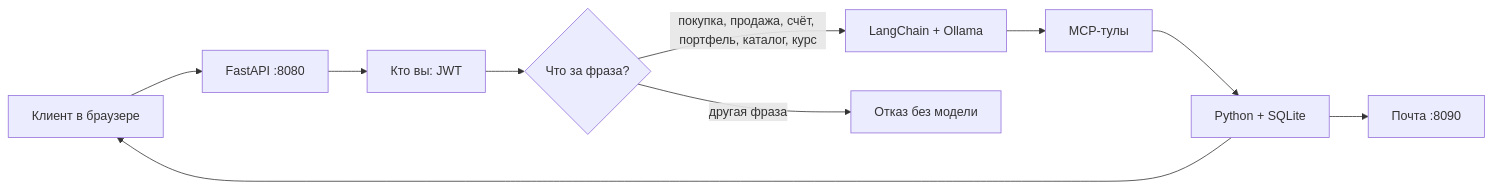
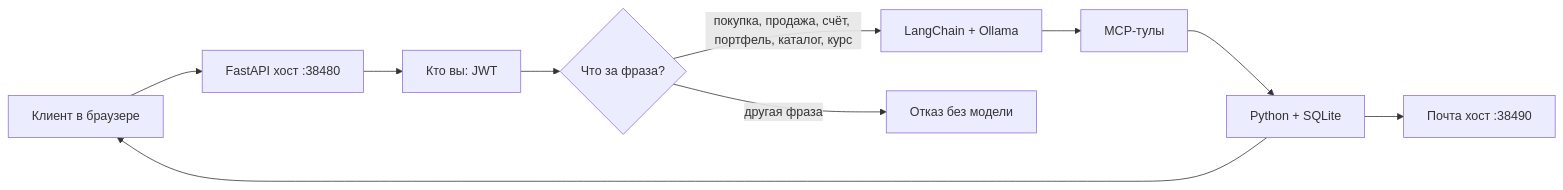
One commit to truchekaterina/mlsecops_agent changed the first of 4 diagrams in docs/ДОКУМЕНТАЦИЯ.md. Above: the diagram before and after it, drawn with Mermaid. The commit also changed other lines of this file and 39 other files, not shown here.

````diff
--- a/docs/ДОКУМЕНТАЦИЯ.md
+++ b/docs/ДОКУМЕНТАЦИЯ.md
@@ -39,12 +39,12 @@
 ```mermaid
 flowchart LR
-  U[Клиент в браузере] --> W[FastAPI :8080]
+  U[Клиент в браузере] --> W[FastAPI хост :38480]
   W --> A[Кто вы: JWT]
   A --> R{Что за фраза?}
   R -->|покупка, продажа, счёт, портфель, каталог, курс| L[LangChain + Ollama]
   R -->|другая фраза| X[Отказ без модели]
   L --> M[MCP-тулы]
   M --> P[Python + SQLite]
   P --> U
-  P --> E[Почта :8090]
+  P --> E[Почта хост :38490]
 ```
````
